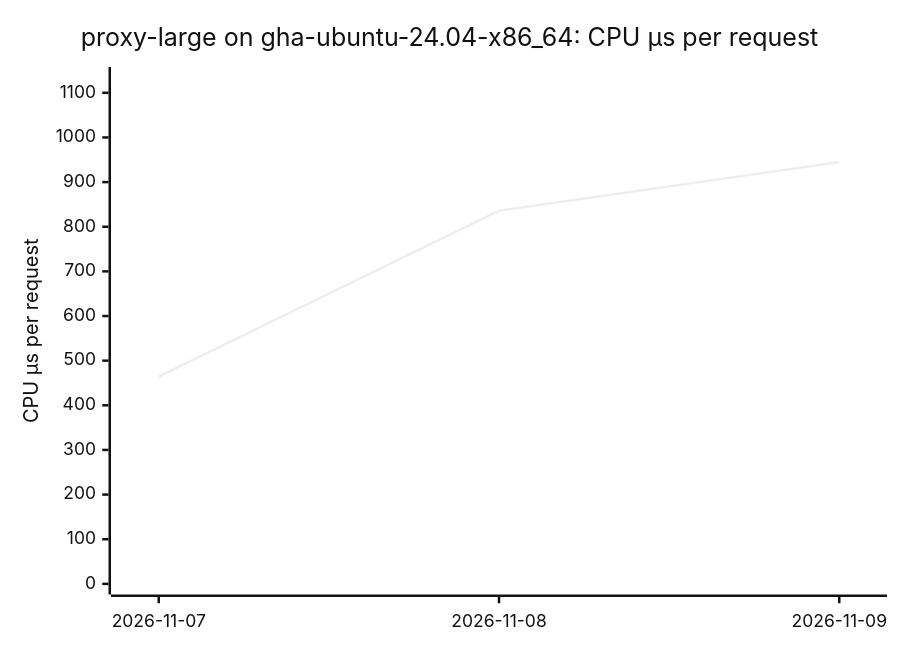
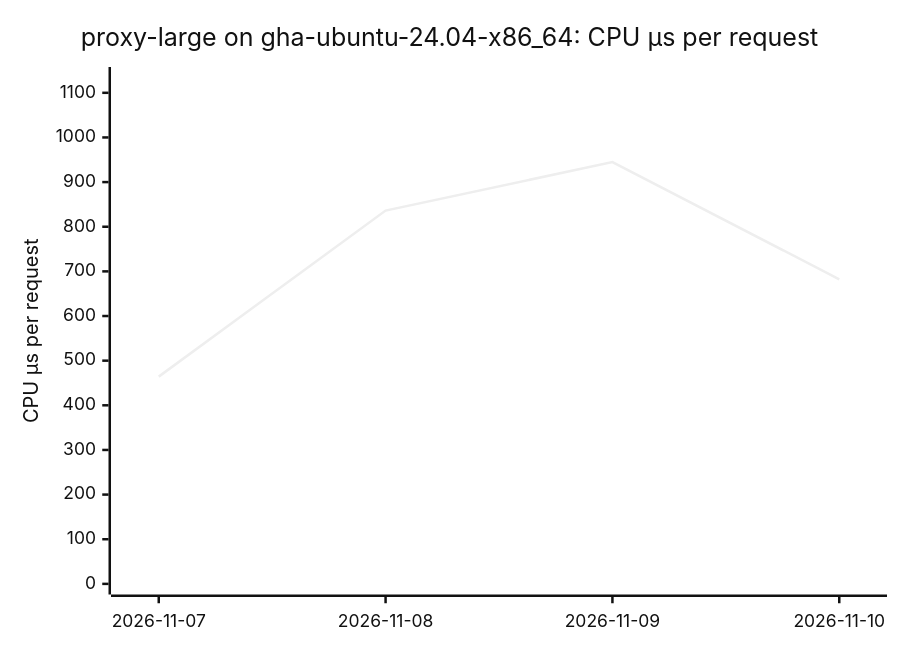
The sixth of 18 diagrams in BENCHMARKS.md (ThePixelPilgrim/durchlauferhitzer), drawn with Mermaid (neutral theme) before and after one commit. The commit also changed other lines of this file and 1 other file, not shown here.

````diff
--- a/BENCHMARKS.md
+++ b/BENCHMARKS.md
@@ -76,7 +76,7 @@
 ```mermaid
 xychart-beta
   title "proxy-large on gha-ubuntu-24.04-x86_64: CPU µs per request"
-  x-axis ["2026-11-07", "2026-11-08", "2026-11-09"]
+  x-axis ["2026-11-07", "2026-11-08", "2026-11-09", "2026-11-10"]
   y-axis "CPU µs per request" 0 --> 1134
-  line [464.25, 836.13, 944.91]
+  line [464.25, 836.13, 944.91, 682.24]
 ```
````
